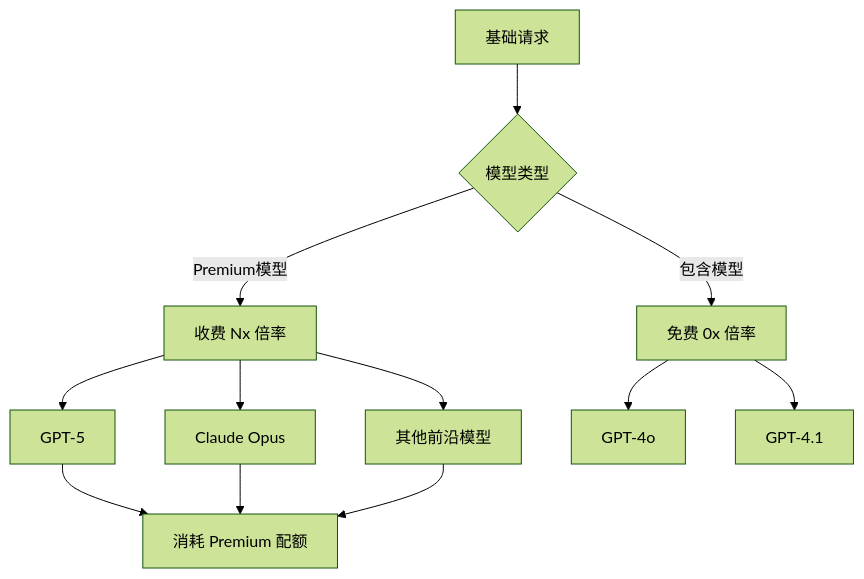
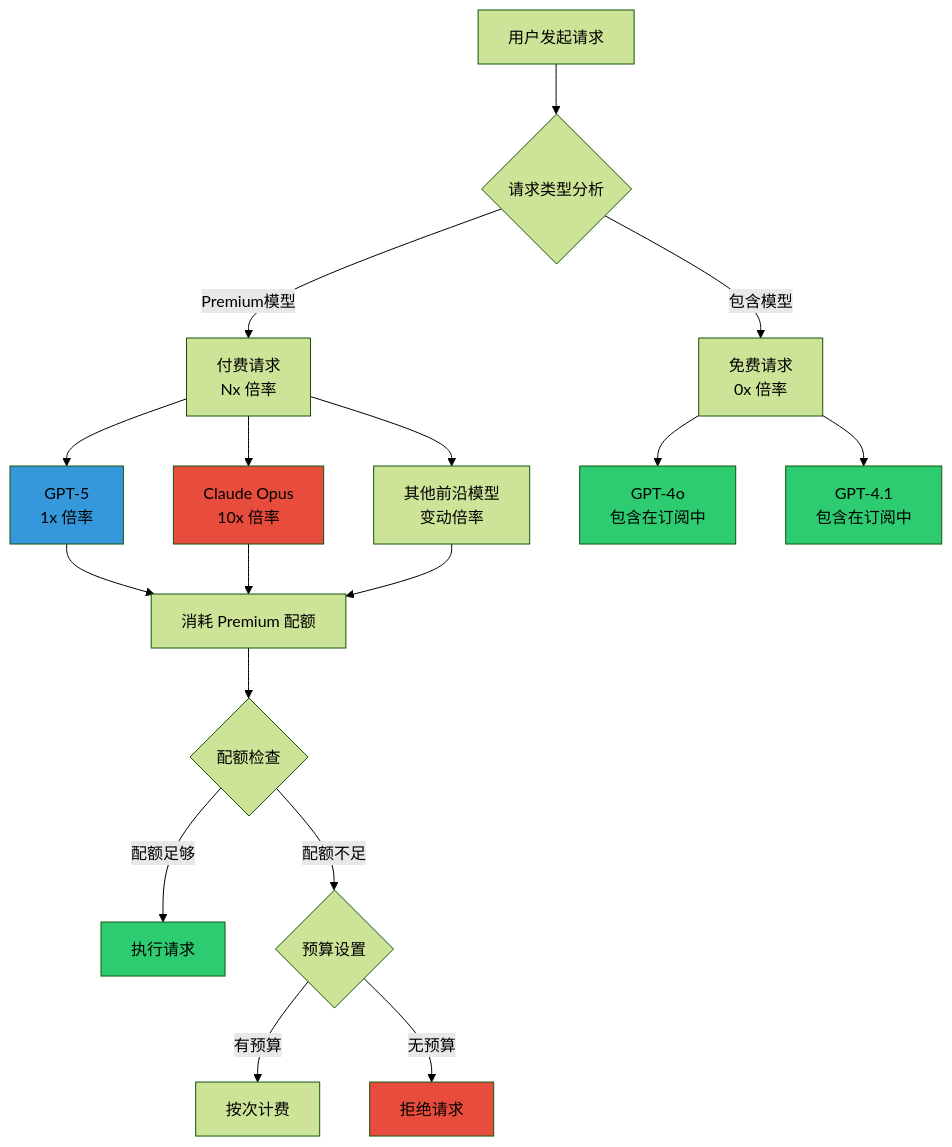
Diagram 11 of 37 in annoucements/GPT-5-on-Boarded.md (ghcpSharing/library), drawn with Mermaid (forest theme) before and after one commit. The commit also changed other lines of this file, not shown here.

Commit message:
Add comprehensive multimedia content to GPT-5-on-Boarded.md

````diff
--- a/annoucements/GPT-5-on-Boarded.md
+++ b/annoucements/GPT-5-on-Boarded.md
@@ -93,17 +309,30 @@
 ```mermaid
 graph TD
-    A[基础请求] --> B{模型类型}
-    B -->|包含模型| C[免费 0x 倍率]
-    B -->|Premium模型| D[收费 Nx 倍率]
+    A[用户发起请求] --> B{请求类型分析}
+    B -->|包含模型| C[免费请求<br/>0x 倍率]
+    B -->|Premium模型| D[付费请求<br/>Nx 倍率]
     
-    D --> E[GPT-5]
-    D --> F[Claude Opus]
-    D --> G[其他前沿模型]
+    D --> E[GPT-5<br/>1x 倍率]
+    D --> F[Claude Opus<br/>10x 倍率]
+    D --> G[其他前沿模型<br/>变动倍率]
     
-    C --> H[GPT-4o]
-    C --> I[GPT-4.1]
+    C --> H[GPT-4o<br/>包含在订阅中]
+    C --> I[GPT-4.1<br/>包含在订阅中]
     
     E --> J[消耗 Premium 配额]
     F --> J
     G --> J
+    
+    J --> K{配额检查}
+    K -->|配额足够| L[执行请求]
+    K -->|配额不足| M{预算设置}
+    M -->|有预算| N[按次计费]
+    M -->|无预算| O[拒绝请求]
+    
+    style E fill:#3498db
+    style F fill:#e74c3c
+    style H fill:#2ecc71
+    style I fill:#2ecc71
+    style L fill:#2ecc71
+    style O fill:#e74c3c
 ```
````
